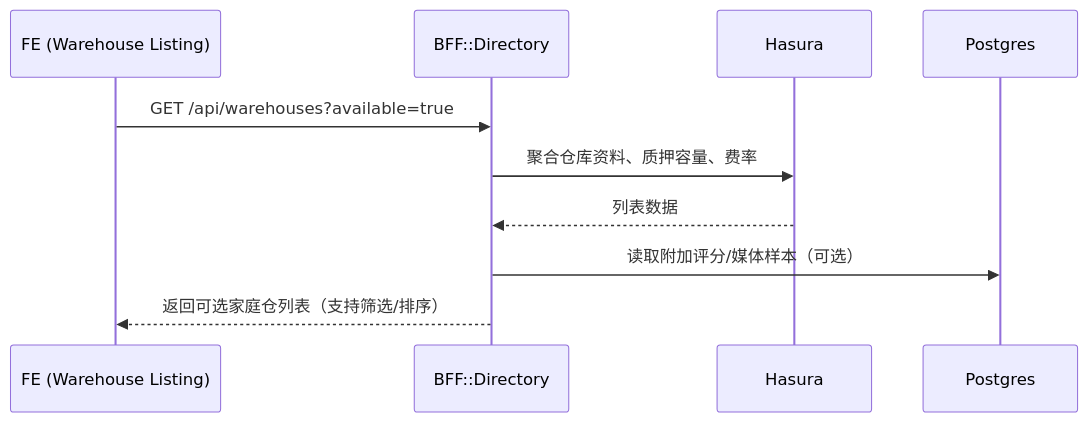
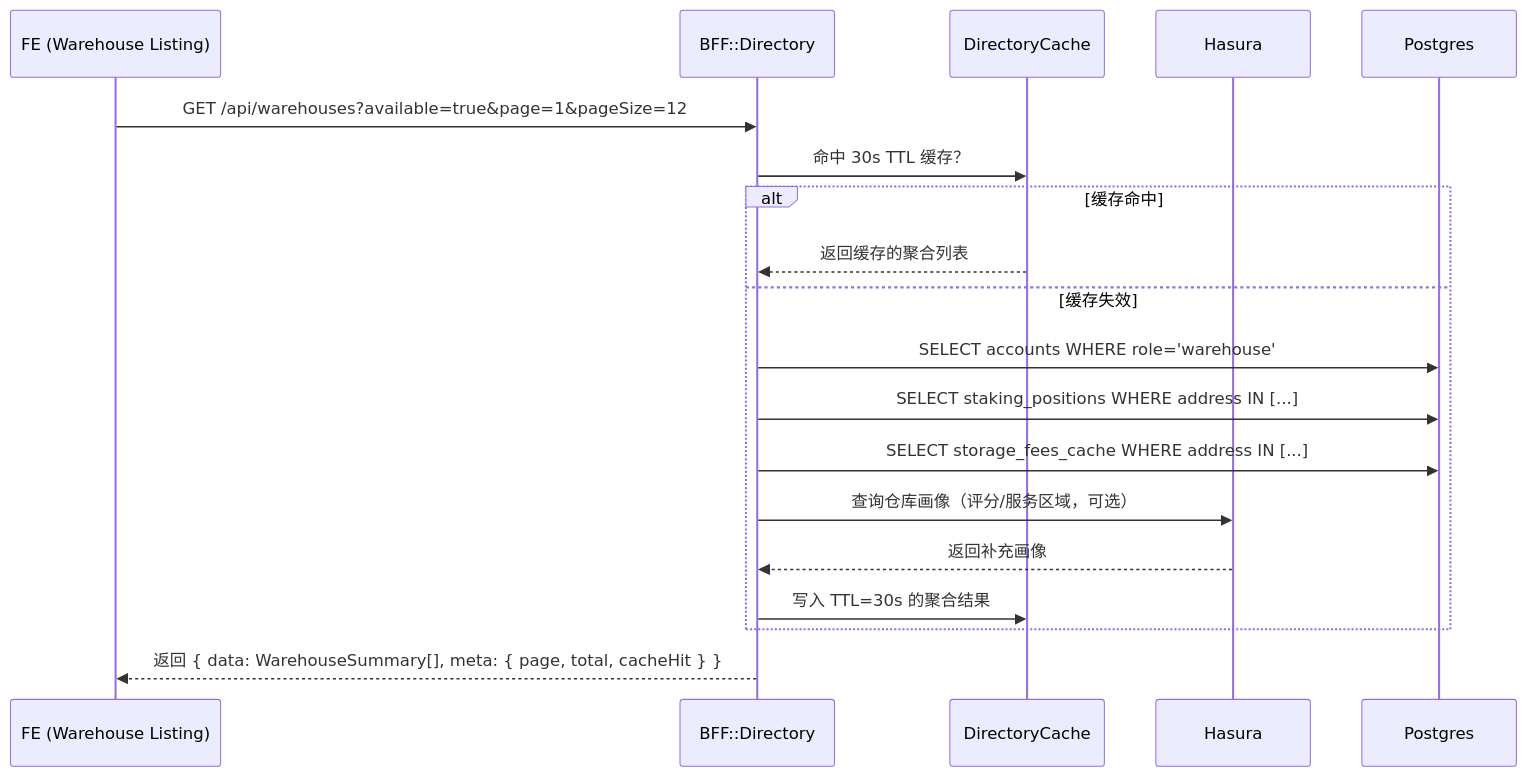
One commit to cyl19970726/haigo changed the fourth of 9 diagrams in docs/architecture/10-场景化端到端数据流.md. Above: the diagram before and after it, drawn with Mermaid. The commit also changed other lines of this file and 120 other files, not shown here.

````diff
--- a/docs/architecture/10-场景化端到端数据流.md
+++ b/docs/architecture/10-场景化端到端数据流.md
@@ -130,13 +130,22 @@
 ```mermaid
 sequenceDiagram
   participant FE as FE (Warehouse Listing)
   participant BFF as BFF::Directory
+  participant Cache as DirectoryCache
   participant Hasura
   participant DB as Postgres
 
-  FE->>BFF: GET /api/warehouses?available=true
-  BFF->>Hasura: 聚合仓库资料、质押容量、费率
-  Hasura-->>BFF: 列表数据
-  BFF->>DB: 读取附加评分/媒体样本（可选）
-  BFF-->>FE: 返回可选家庭仓列表（支持筛选/排序）
+  FE->>BFF: GET /api/warehouses?available=true&page=1&pageSize=12
+  BFF->>Cache: 命中 30s TTL 缓存？
+  alt 缓存命中
+    Cache-->>BFF: 返回缓存的聚合列表
+  else 缓存失效
+    BFF->>DB: SELECT accounts WHERE role='warehouse'
+    BFF->>DB: SELECT staking_positions WHERE address IN [...]
+    BFF->>DB: SELECT storage_fees_cache WHERE address IN [...]
+    BFF->>Hasura: 查询仓库画像（评分/服务区域，可选）
+    Hasura-->>BFF: 返回补充画像
+    BFF->>Cache: 写入 TTL=30s 的聚合结果
+  end
+  BFF-->>FE: 返回 { data: WarehouseSummary[], meta: { page, total, cacheHit } }
 ```
````
